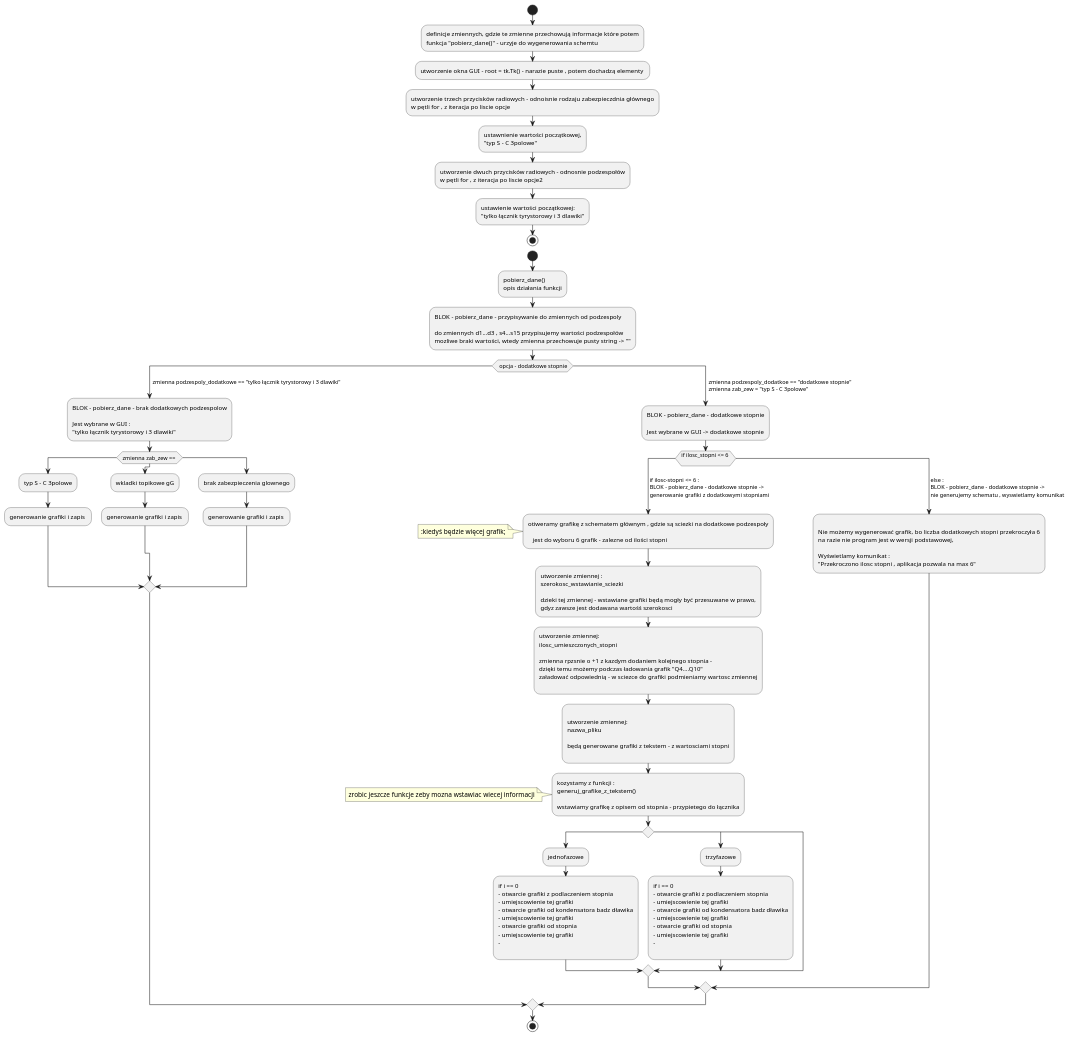
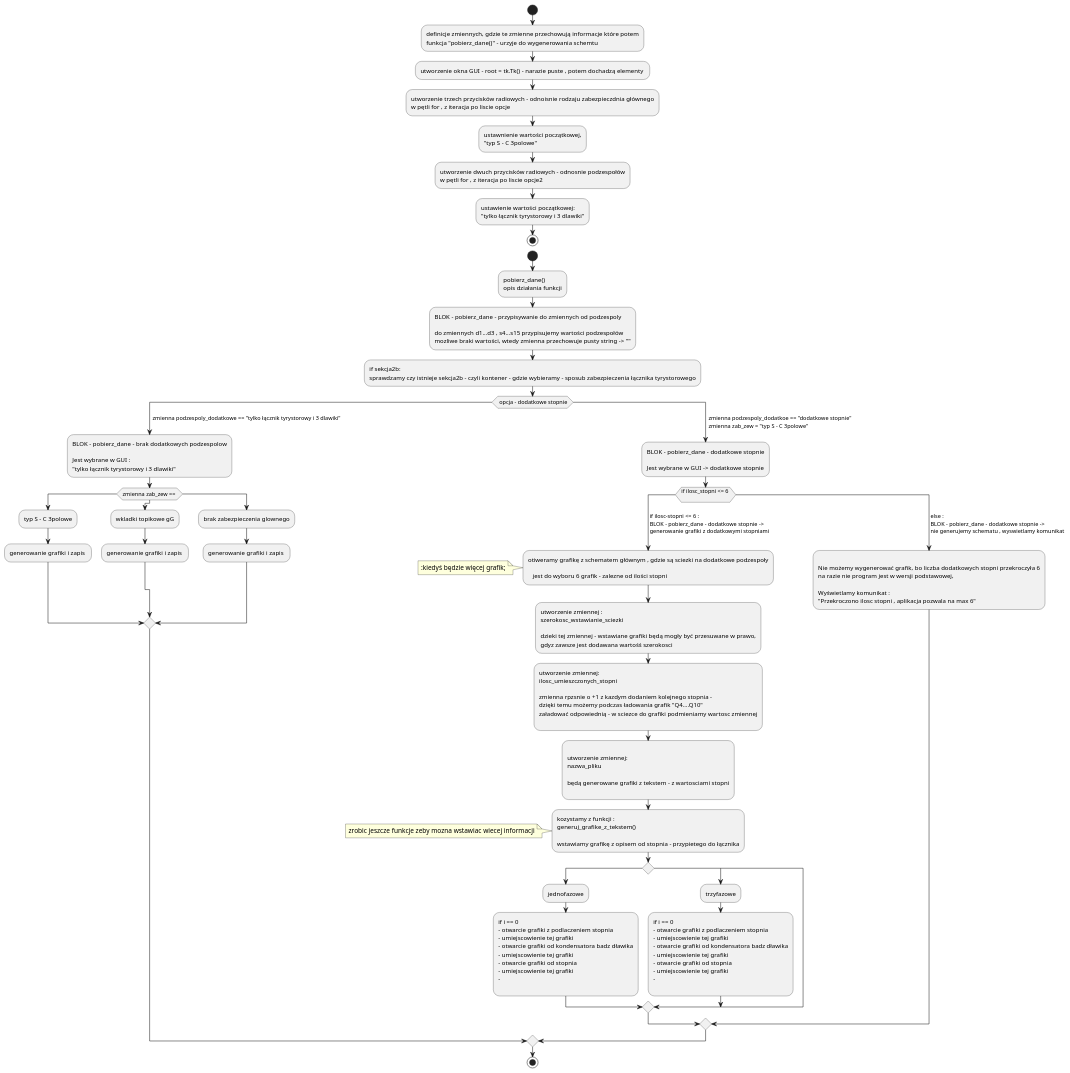
One commit to Froniu7/Projekt-dla-Marka- changed the diagram in generator_schematow_SVC/dzialanie_od_kodu.puml. Above: the diagram before and after it, drawn with PlantUML. The commit also changed 7 other files, not shown here.

```diff
--- a/generator_schematow_SVC/dzialanie_od_kodu.puml
+++ b/generator_schematow_SVC/dzialanie_od_kodu.puml
@@ -1,121 +1,123 @@
 @startuml
 
 start
 :definicje zmiennych, gdzie te zmienne przechowują informacje które potem
 funkcja "pobierz_dane()" - urzyje do wygenerowania schemtu;
 :utworzenie okna GUI - root = tk.Tk() - narazie puste , potem dochadzą elementy ;
 :utworzenie trzech przycisków radiowych - odnoisnie rodzaju zabezpieczdnia głównego
 w pętli for , z iteracja po liscie opcje;
 :ustawnienie wartości początkowej,
 "typ S - C 3polowe";
 :utworzenie dwuch przycisków radiowych - odnosnie podzespołów
 w pętli for , z iteracja po liscie opcje2;
 :ustawienie wartości początkowej:
 "tylko łącznik tyrystorowy i 3 dlawiki";
 stop
 
 
 start
 :pobierz_dane()
 opis działania funkcji;
 :BLOK - pobierz_dane - przypisywanie do zmiennych od podzespoly
 
 do zmiennych d1...d3 , s4...s15 przypisujemy wartości podzespołów
 mozliwe braki wartości, wtedy zmienna przechowuje pusty string -> "";
+:if sekcja2b:
+sprawdzamy czy istnieje sekcja2b - czyli kontener - gdzie wybieramy - sposub zabezpieczenia łącznika tyrystorowego;
 switch( opcja - dodatkowe stopnie)
 case(  zmienna podzespoly_dodatkowe == "tylko łącznik tyrystorowy i 3 dlawiki")
 :BLOK - pobierz_dane - brak dodatkowych podzespolow
 
 Jest wybrane w GUI :
 "tylko łącznik tyrystorowy i 3 dlawiki";
 switch(zmienna zab_zew == )
 case()
 :typ S - C 3polowe;
 :generowanie grafiki i zapis ;
 case()
 :wkladki topikowe gG;
 :generowanie grafiki i zapis ;
 case()
 :brak zabezpieczenia glownego;
 :generowanie grafiki i zapis ;
 endswitch
 case(  zmienna podzespoly_dodatkoe == "dodatkowe stopnie"\n  zmienna zab_zew = "typ S - C 3polowe")
 :BLOK - pobierz_dane - dodatkowe stopnie
 
 Jest wybrane w GUI -> dodatkowe stopnie;
     switch(if ilosc_stopni <= 6 \n )
         case( if ilosc-stopni <= 6 : \n BLOK - pobierz_dane - dodatkowe stopnie -> \n generowanie grafiki z dodatkowymi stopniami )
 
             :otiweramy grafikę z schematem głównym , gdzie są sciezki na dodatkowe podzespoły
 
                jest do wyboru 6 grafik - zalezne od ilości stopni;
                note left
                 :kiedyś będzie więcej grafik;
                 endnote
             :utworzenie zmiennej :
             szerokosc_wstawianie_sciezki
 
             dzieki tej zmiennej - wstawiane grafiki będą mogły być przesuwane w prawo,
             gdyz zawsze jest dodawana wartośś szerokosci;
             :utworzenie zmiennej:
             ilosc_umieszczonych_stopni
 
             zmienna rpzsnie o +1 z kazdym dodaniem kolejnego stopnia -
             dzięki temu możemy podczas ładowania grafik "Q4....Q10"
             załadować odpowiednią - w sciezce do grafiki podmieniamy wartosc zmiennej
             ;
             :
             utworzenie zmiennej:
             nazwa_pliku
 
             będą generowane grafiki z tekstem - z wartosciami stopni
             ;
             :kozystamy z funkcji :
             generuj_grafike_z_tekstem()
 
             wstawiamy grafikę z opisem od stopnia - przypietego do łącznika;
             note left
                         zrobic jeszcze funkcje zeby mozna wstawiac wiecej informacji
             endnote
                 switch()
                     case()
                         :jednofazowe;
                         :if i == 0
                         - otwarcie grafiki z podlaczeniem stopnia
                         - umiejscowienie tej grafiki
                         - otwarcie grafiki od kondensatora badz dławika
                         - umiejscowienie tej grafiki
                         - otwarcie grafiki od stopnia
                         - umiejscowienie tej grafiki
                         -
                         ;
                     case()
                         :trzyfazowe;
                         :if i == 0
                         - otwarcie grafiki z podlaczeniem stopnia
                         - umiejscowienie tej grafiki
                         - otwarcie grafiki od kondensatora badz dławika
                         - umiejscowienie tej grafiki
                         - otwarcie grafiki od stopnia
                         - umiejscowienie tej grafiki
                         -
                         ;
                     case()
                 endswitch
 
         case( else : \n BLOK - pobierz_dane - dodatkowe stopnie -> \n nie generujemy schematu , wyswietlamy komunikat )
             :
             Nie możemy wygenerować grafik, bo liczba dodatkowych stopni przekroczyła 6
             na razie nie program jest w wersji podstawowej,
 
             Wyświetlamy komunikat :
             "Przekroczono ilosc stopni , aplikacja pozwala na max 6";
 
 
 endswitch
 
 
 endswitch
 stop
 
 @enduml
```
